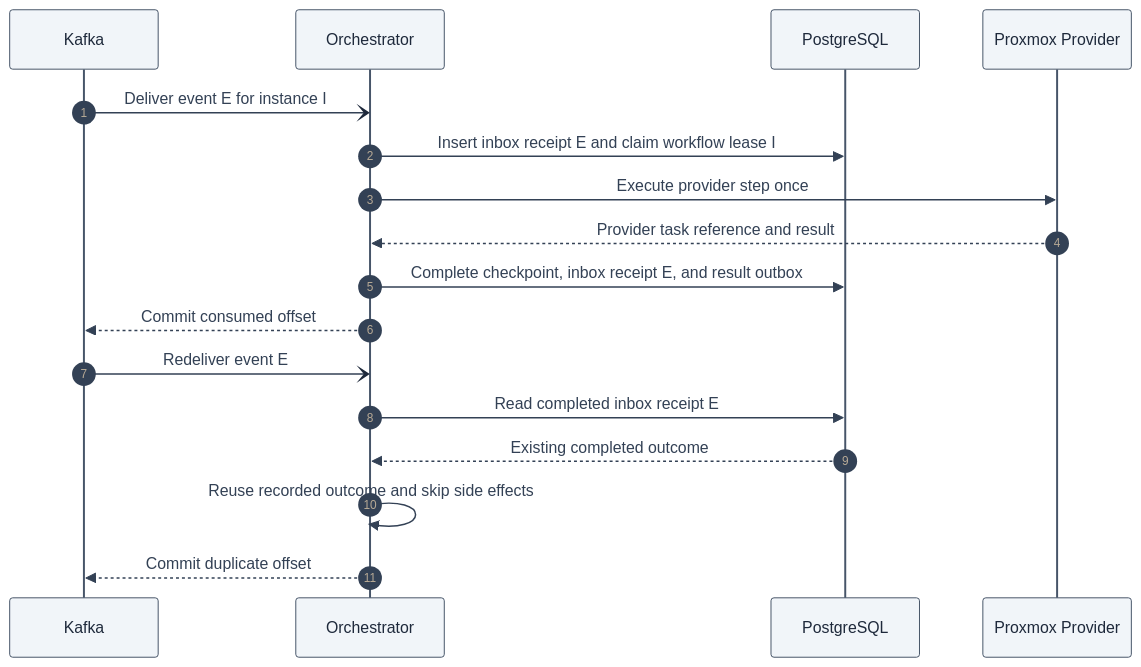
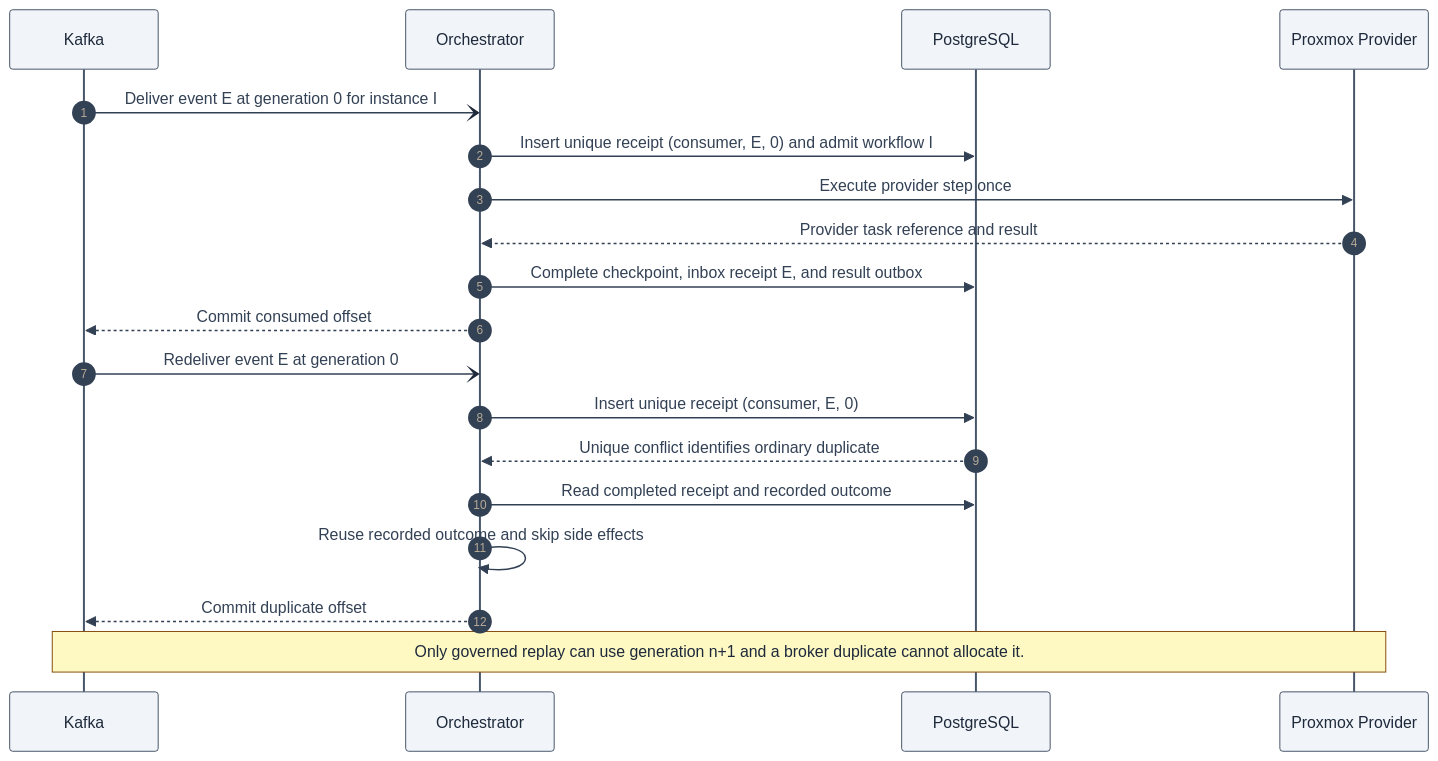
The diagram in docs/diagrams/mermaid/duplicate-message.mmd (maher-elattar/private-cloud-control-plane), drawn with Mermaid before and after one commit. The commit also changed 25 other files, not shown here.

Commit message:
docs: add phase 4 operational diagrams

```diff
--- a/docs/diagrams/mermaid/duplicate-message.mmd
+++ b/docs/diagrams/mermaid/duplicate-message.mmd
@@ -1,20 +1,23 @@
 %%{init: {"theme":"base","themeVariables":{"fontFamily":"Inter, Arial, sans-serif","primaryColor":"#dbeafe","primaryBorderColor":"#1e40af","primaryTextColor":"#1e293b","lineColor":"#475569","actorBkg":"#f1f5f9","actorBorder":"#475569","actorTextColor":"#1e293b","signalColor":"#334155","signalTextColor":"#334155","noteBkgColor":"#fef9c3","noteBorderColor":"#854d0e","noteTextColor":"#1e293b","activationBkgColor":"#dbeafe","activationBorderColor":"#1e40af","labelBoxBkgColor":"#f1f5f9","labelBoxBorderColor":"#475569","labelTextColor":"#1e293b"},"sequence":{"useMaxWidth":false,"diagramMarginX":32,"diagramMarginY":24,"actorMargin":64,"width":150,"height":60,"messageMargin":36,"noteMargin":12}}}%%
 sequenceDiagram
     autonumber
     participant Kafka
     participant Orch as Orchestrator
     participant DB as PostgreSQL
     participant Provider as Proxmox Provider
 
-    Kafka-)Orch: Deliver event E for instance I
-    Orch->>DB: Insert inbox receipt E and claim workflow lease I
+    Kafka-)Orch: Deliver event E at generation 0 for instance I
+    Orch->>DB: Insert unique receipt (consumer, E, 0) and admit workflow I
     Orch->>Provider: Execute provider step once
     Provider-->>Orch: Provider task reference and result
     Orch->>DB: Complete checkpoint, inbox receipt E, and result outbox
     Orch-->>Kafka: Commit consumed offset
 
-    Kafka-)Orch: Redeliver event E
-    Orch->>DB: Read completed inbox receipt E
-    DB-->>Orch: Existing completed outcome
+    Kafka-)Orch: Redeliver event E at generation 0
+    Orch->>DB: Insert unique receipt (consumer, E, 0)
+    DB-->>Orch: Unique conflict identifies ordinary duplicate
+    Orch->>DB: Read completed receipt and recorded outcome
     Orch->>Orch: Reuse recorded outcome and skip side effects
     Orch-->>Kafka: Commit duplicate offset
+
+    Note over Kafka,Provider: Only governed replay can use generation n+1 and a broker duplicate cannot allocate it.
```
